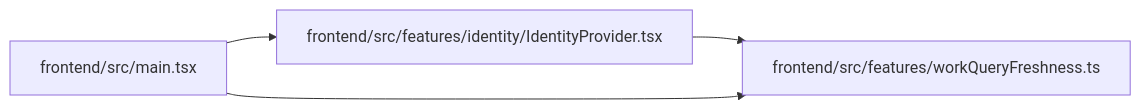
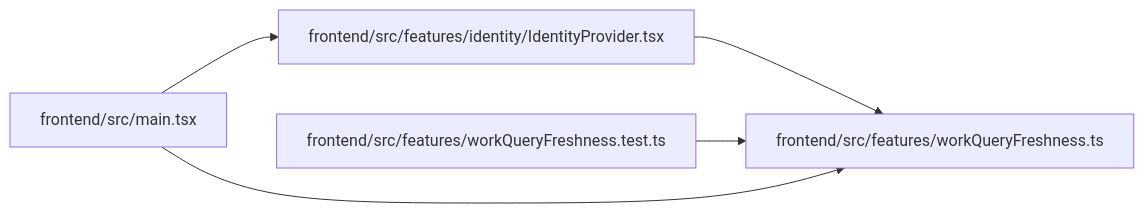
One commit to Denissvgn/WorkChord changed the diagram in docs/llm_wiki/modules/workQueryFreshness.md. Above: the diagram before and after it, drawn with Mermaid. The commit also changed other lines of this file and 317 other files, not shown here.

````diff
--- a/docs/llm_wiki/modules/workQueryFreshness.md
+++ b/docs/llm_wiki/modules/workQueryFreshness.md
@@ -27,12 +27,15 @@
 ```mermaid
 flowchart LR
     n0["frontend/src/features/identity/IdentityProvider.tsx"]
-    n1["frontend/src/features/workQueryFreshness.ts"]
-    n2["frontend/src/main.tsx"]
-    n0 --> n1
-    n2 --> n0
-    n2 --> n1
+    n1["frontend/src/features/workQueryFreshness.test.ts"]
+    n2["frontend/src/features/workQueryFreshness.ts"]
+    n3["frontend/src/main.tsx"]
+    n0 --> n2
+    n1 --> n2
+    n3 --> n0
+    n3 --> n2
     click n0 "../modules/IdentityProvider.md"
-    click n1 "../modules/workQueryFreshness.md"
-    click n2 "../modules/src_main.md"
+    click n1 "../modules/workQueryFreshness.test.md"
+    click n2 "../modules/workQueryFreshness.md"
+    click n3 "../modules/src_main.md"
 ```
````
